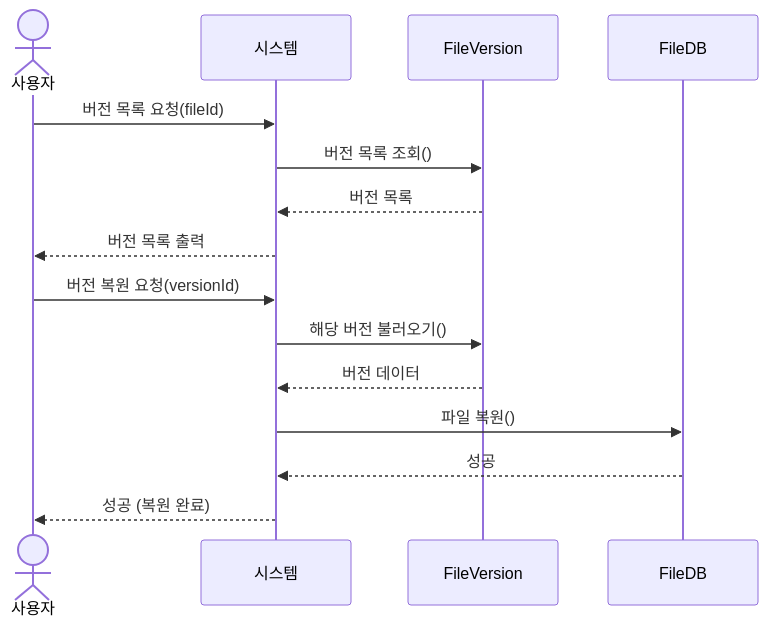
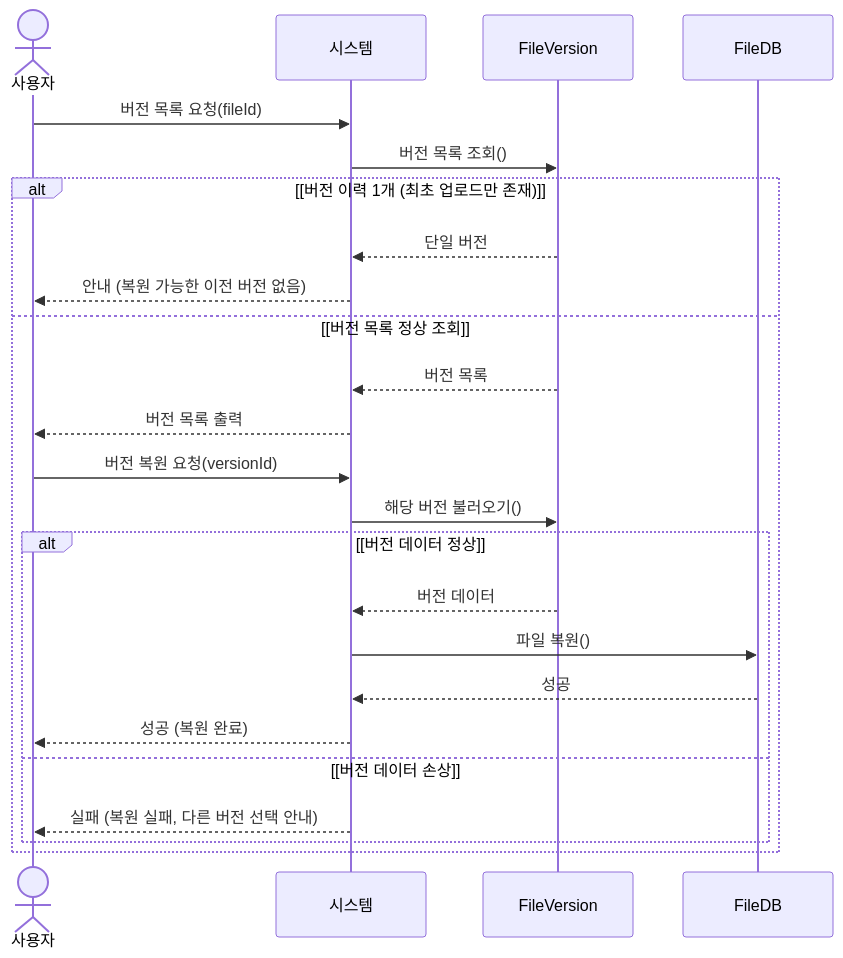
The tenth of 15 diagrams in doc/project5_req_analysis.md (rlawlgus125/se), drawn with Mermaid before and after one commit. The commit also changed other lines of this file, not shown here.

````diff
--- a/doc/project5_req_analysis.md
+++ b/doc/project5_req_analysis.md
@@ -972,18 +1024,27 @@
 ```mermaid
 sequenceDiagram
     actor 사용자
     participant 시스템
     participant FileVersion
     participant FileDB
 
     사용자 ->> 시스템: 버전 목록 요청(fileId)
     시스템 ->> FileVersion: 버전 목록 조회()
-    FileVersion -->> 시스템: 버전 목록
-    시스템 -->> 사용자: 버전 목록 출력
-    사용자 ->> 시스템: 버전 복원 요청(versionId)
-    시스템 ->> FileVersion: 해당 버전 불러오기()
-    FileVersion -->> 시스템: 버전 데이터
-    시스템 ->> FileDB: 파일 복원()
-    FileDB -->> 시스템: 성공
-    시스템 -->> 사용자: 성공 (복원 완료)
+    alt [버전 이력 1개 (최초 업로드만 존재)]
+        FileVersion -->> 시스템: 단일 버전
+        시스템 -->> 사용자: 안내 (복원 가능한 이전 버전 없음)
+    else [버전 목록 정상 조회]
+        FileVersion -->> 시스템: 버전 목록
+        시스템 -->> 사용자: 버전 목록 출력
+        사용자 ->> 시스템: 버전 복원 요청(versionId)
+        시스템 ->> FileVersion: 해당 버전 불러오기()
+        alt [버전 데이터 정상]
+            FileVersion -->> 시스템: 버전 데이터
+            시스템 ->> FileDB: 파일 복원()
+            FileDB -->> 시스템: 성공
+            시스템 -->> 사용자: 성공 (복원 완료)
+        else [버전 데이터 손상]
+            시스템 -->> 사용자: 실패 (복원 실패, 다른 버전 선택 안내)
+        end
+    end
 ```
````
